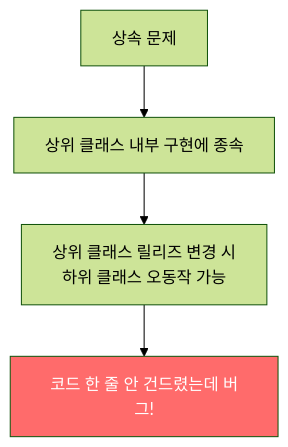
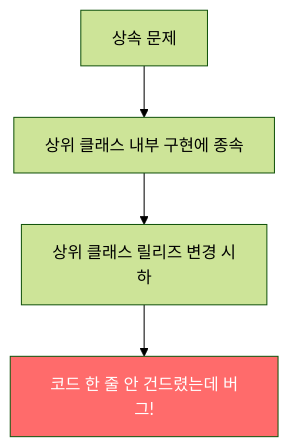
One commit to yjkim2015/yjkim2015.github.io changed the first of 4 diagrams in _posts/java/2022-01-03-effective-java18.md. Above: the diagram before and after it, drawn with Mermaid (forest theme). The commit also changed other lines of this file and 271 other files, not shown here.

First line of the commit message:
Mermaid 라벨 축소: 긴 노드 텍스트 18자 이하로 트림 + \n 제거

````diff
--- a/_posts/java/2022-01-03-effective-java18.md
+++ b/_posts/java/2022-01-03-effective-java18.md
@@ -18,7 +18,7 @@
 ```mermaid
 graph TD
     A["상속 문제"] --> B["상위 클래스 내부 구현에 종속"]
-    B --> C["상위 클래스 릴리즈 변경 시\n하위 클래스 오동작 가능"]
+    B --> C["상위 클래스 릴리즈 변경 시\n하"]
     C --> D["코드 한 줄 안 건드렸는데 버그!"]
     style D fill:#ff6b6b,color:#fff
 ```
````
